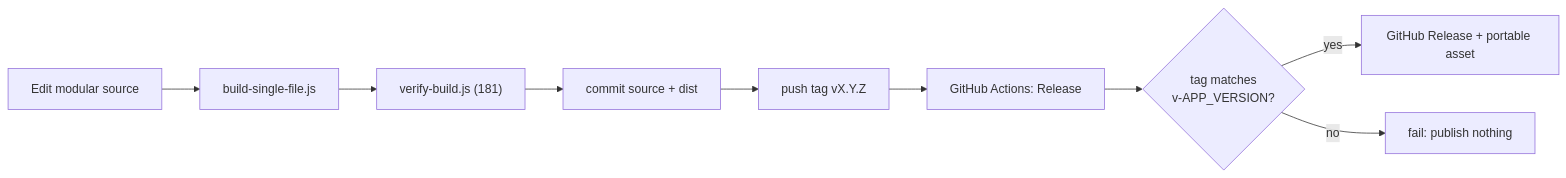
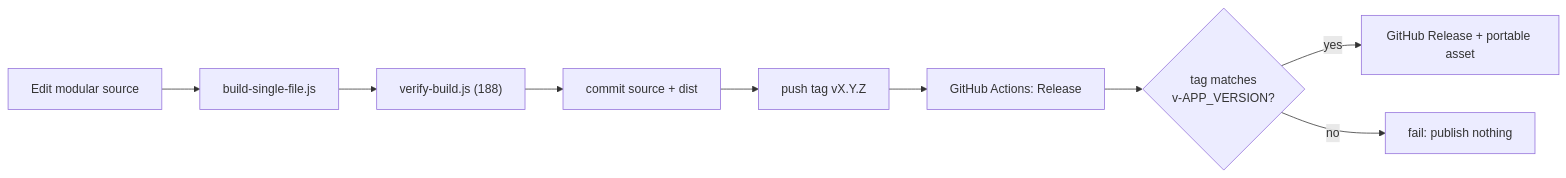
The second of 2 diagrams in README.md (fanoryu/TAM-Intelligence-OS), drawn with Mermaid before and after one commit. The commit also changed other lines of this file and 7 other files, not shown here.

````diff
--- a/README.md
+++ b/README.md
@@ -322,9 +320,9 @@
 ```mermaid
 flowchart LR
-  DEV["Edit modular source"] --> B["build-single-file.js"] --> V["verify-build.js (181)"]
+  DEV["Edit modular source"] --> B["build-single-file.js"] --> V["verify-build.js (188)"]
   V --> C["commit source + dist"] --> T["push tag vX.Y.Z"]
   T --> GA["GitHub Actions: Release"]
   GA --> GATE{"tag matches<br/>v-APP_VERSION?"}
   GATE -->|yes| REL["GitHub Release + portable asset"]
   GATE -->|no| STOP["fail: publish nothing"]
 ```
````
